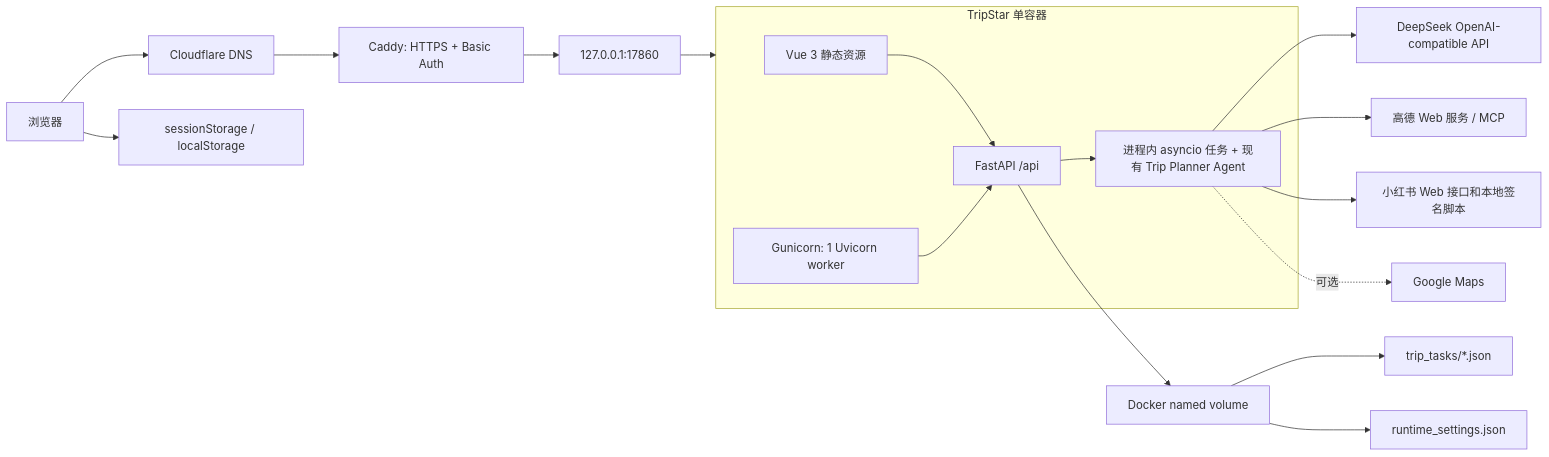
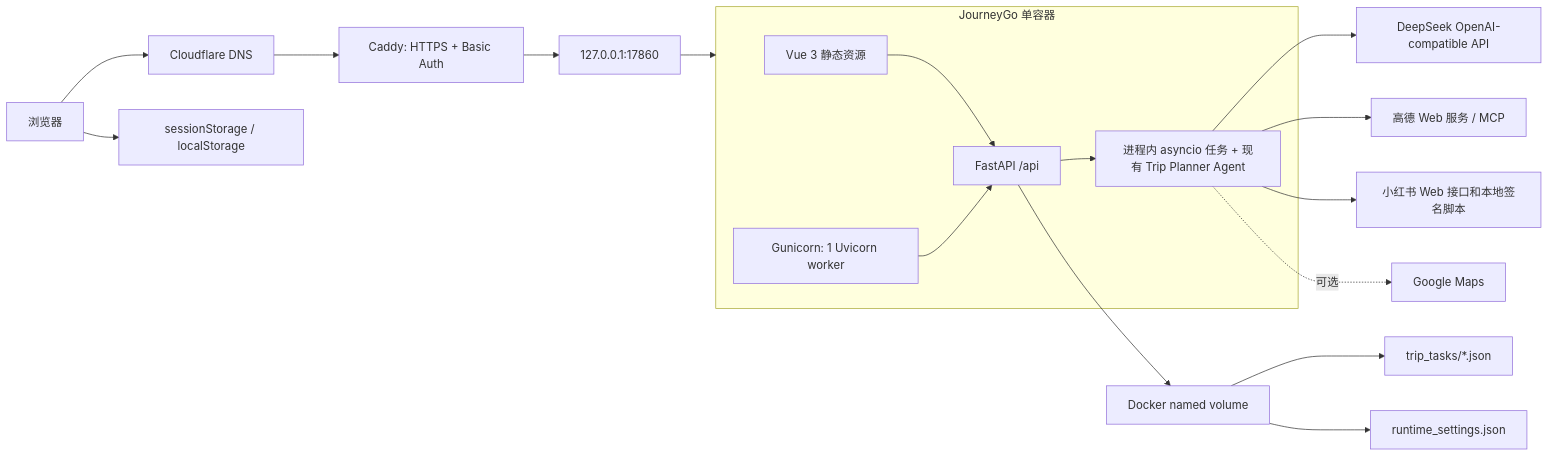
One commit to Xcaesar1/JourneyGo changed the first of 2 diagrams in docs/BASELINE_AUDIT.md. Above: the diagram before and after it, drawn with Mermaid. The commit also changed other lines of this file and 79 other files, not shown here.

````diff
--- a/docs/BASELINE_AUDIT.md
+++ b/docs/BASELINE_AUDIT.md
@@ -82,26 +83,26 @@
 ```mermaid
 flowchart LR
     U["浏览器"] --> D["Cloudflare DNS"]
     D --> C["Caddy: HTTPS + Basic Auth"]
     C --> P["127.0.0.1:17860"]
-    P --> F["单容器 helloagents-trip-planner"]
+    P --> F["单容器 journeygo"]
 
-    subgraph F["TripStar 单容器"]
+    subgraph F["JourneyGo 单容器"]
         V["Vue 3 静态资源"]
         G["Gunicorn: 1 Uvicorn worker"]
         A["FastAPI /api"]
         T["进程内 asyncio 任务 + 现有 Trip Planner Agent"]
         V --> A
         G --> A
         A --> T
     end
 
     T --> L["DeepSeek OpenAI-compatible API"]
     T --> M["高德 Web 服务 / MCP"]
     T --> X["小红书 Web 接口和本地签名脚本"]
     T -. 可选 .-> GM["Google Maps"]
     A --> DV["Docker named volume"]
     DV --> J["trip_tasks/*.json"]
     DV --> R["runtime_settings.json"]
     U --> BS["sessionStorage / localStorage"]
 ```
````
